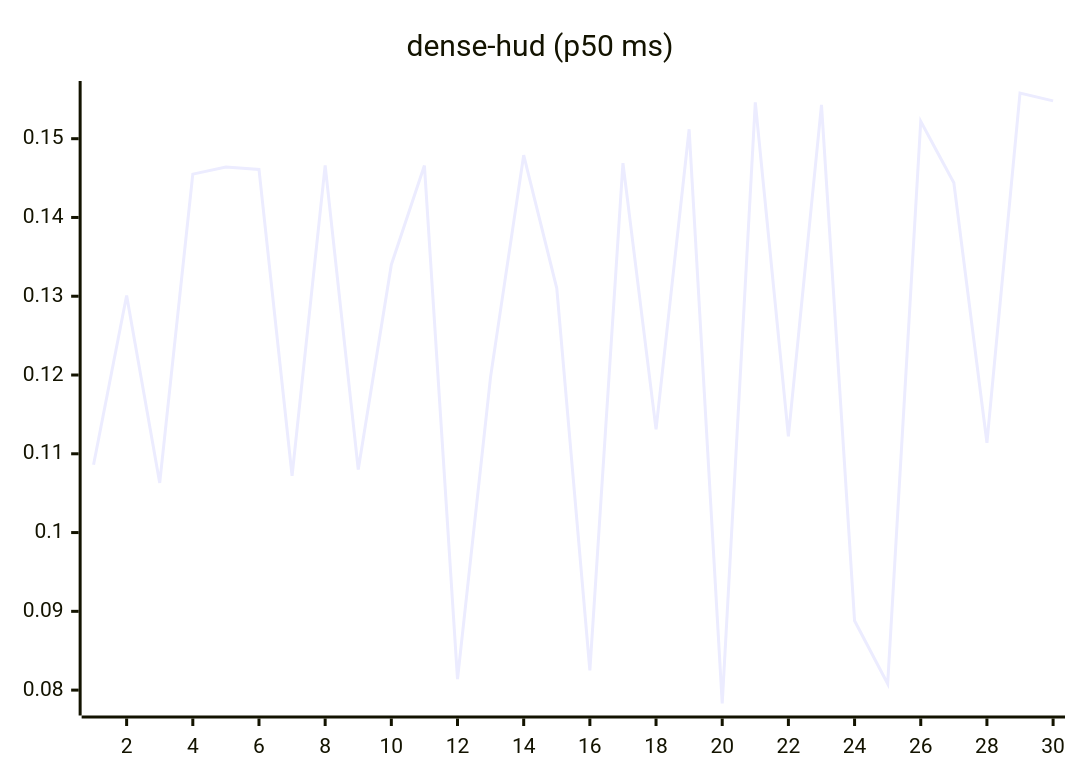
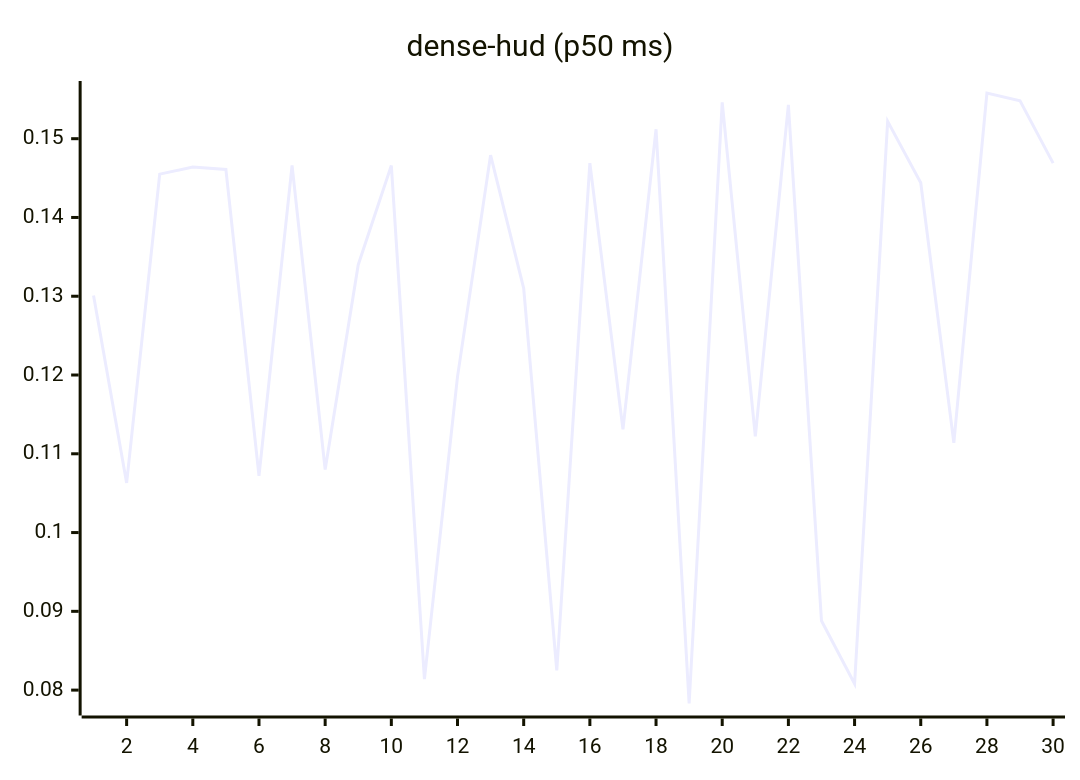
One commit to josha/Facet changed the eighth of 27 diagrams in README.md. Above: the diagram before and after it, drawn with Mermaid. The commit also changed other lines of this file and 2 other files, not shown here.

````diff
--- a/README.md
+++ b/README.md
@@ -112,6 +112,6 @@
 ```mermaid
 xychart-beta
     title "dense-hud (p50 ms)"
     x-axis 1 --> 30
-    line [0.1086, 0.1301, 0.1063, 0.1455, 0.1464, 0.1461, 0.1072, 0.1466, 0.1080, 0.1340, 0.1466, 0.0814, 0.1198, 0.1479, 0.1310, 0.0825, 0.1469, 0.1131, 0.1512, 0.0783, 0.1546, 0.1122, 0.1543, 0.0888, 0.0808, 0.1522, 0.1444, 0.1114, 0.1558, 0.1548]
+    line [0.1301, 0.1063, 0.1455, 0.1464, 0.1461, 0.1072, 0.1466, 0.1080, 0.1340, 0.1466, 0.0814, 0.1198, 0.1479, 0.1310, 0.0825, 0.1469, 0.1131, 0.1512, 0.0783, 0.1546, 0.1122, 0.1543, 0.0888, 0.0808, 0.1522, 0.1444, 0.1114, 0.1558, 0.1548, 0.1469]
 ```
````
